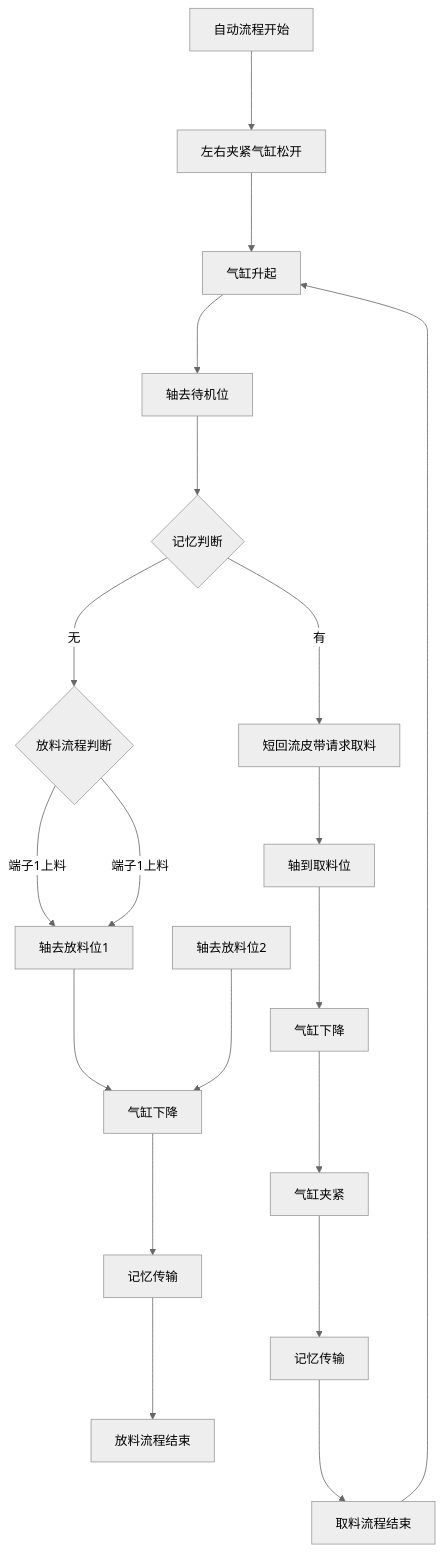
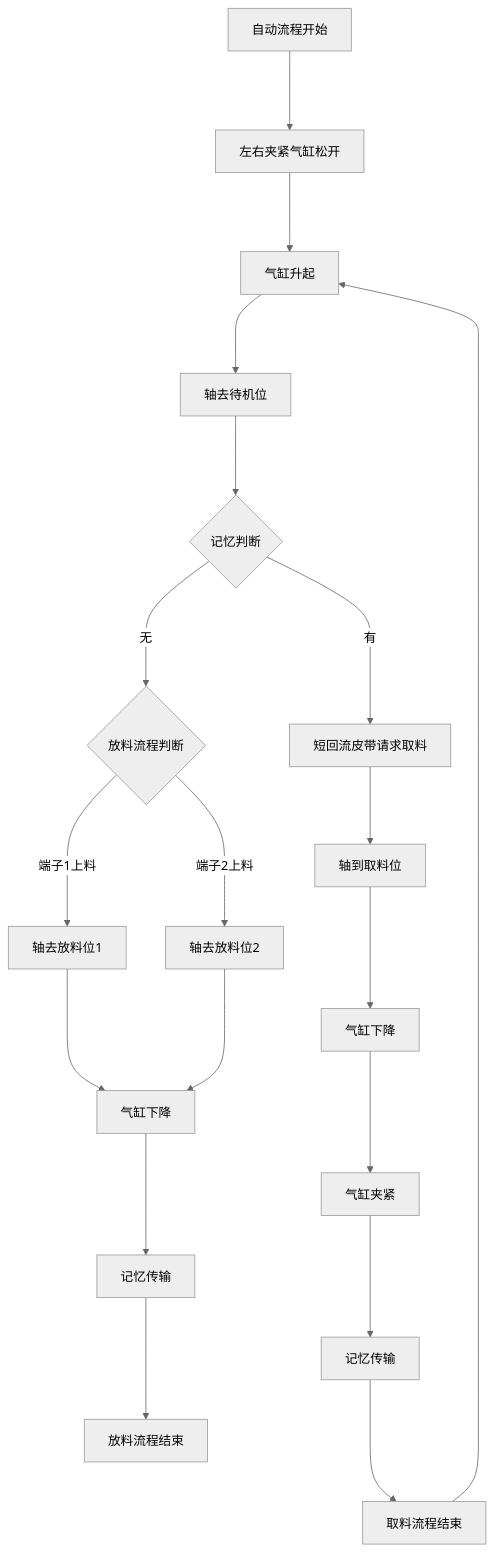
Before and after one commit to zmq000/iodraw-files: the diagram in all/OP70工位3左载具搬运.md, drawn with Mermaid (neutral theme).

Commit message:
2026-06-17 16:52:33 update

````diff
--- a/all/OP70工位3左载具搬运.md
+++ b/all/OP70工位3左载具搬运.md
@@ -1,24 +1,24 @@
 ```mermaid
 graph TD
   自动流程开始--->10
   10[左右夹紧气缸松开]--->20
   20[气缸升起]--->30
   30[轴去待机位]--->40
   40{记忆判断}--->|有|100
   40--->|无|200
   100[短回流皮带请求取料]-->110
   110[轴到取料位]--->120
   120[气缸下降]--->130
   130[气缸夹紧]--->140
   140[记忆传输]--->150
   150[取料流程结束]--->20
   200{放料流程判断}--->|端子1上料|210
-  200--->|端子1上料|210
+  200--->|端子2上料|220
   210[轴去放料位1]--->250
   220[轴去放料位2]--->250
   250[气缸下降]--->260
   260[记忆传输]--->270
   270[放料流程结束]
 
 
 ```
````
